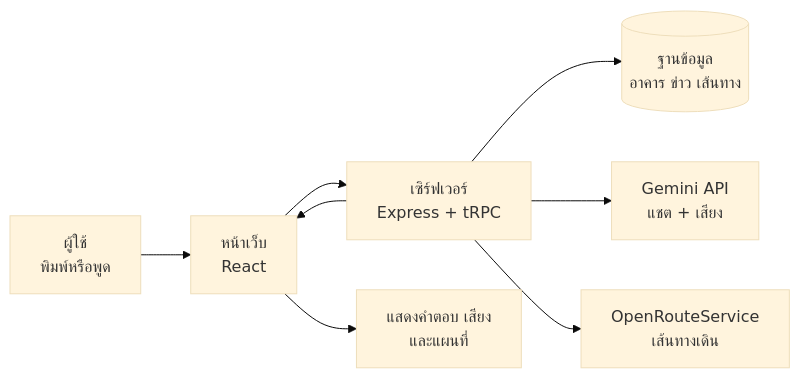
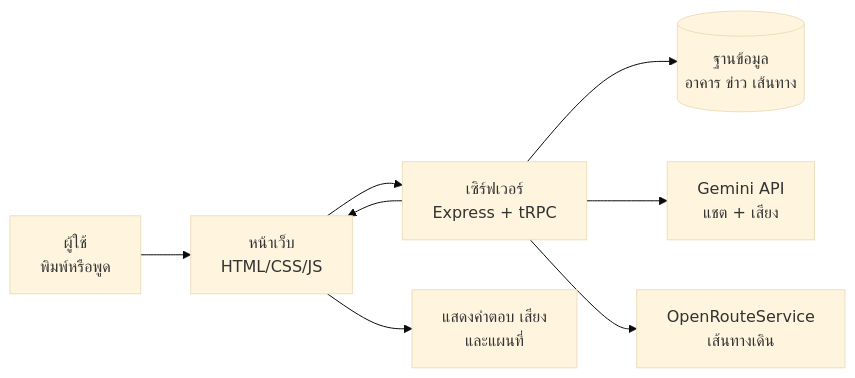
One commit to maxnitipan-lang/Nong-Pla-too changed the diagram in README.md. Above: the diagram before and after it, drawn with Mermaid (base theme). The commit also changed other lines of this file and 182 other files, not shown here.

````diff
--- a/README.md
+++ b/README.md
@@ -21,10 +21,10 @@
 ```mermaid
 flowchart LR
-    U[ผู้ใช้<br>พิมพ์หรือพูด] --> W[หน้าเว็บ<br>React]
+    U[ผู้ใช้<br>พิมพ์หรือพูด] --> W[หน้าเว็บ<br>HTML/CSS/JS]
     W --> S[เซิร์ฟเวอร์<br>Express + tRPC]
     S --> DB[(ฐานข้อมูล<br>อาคาร ข่าว เส้นทาง)]
     S --> G[Gemini API<br>แชต + เสียง]
     S --> O[OpenRouteService<br>เส้นทางเดิน]
     S --> W
     W --> M[แสดงคำตอบ เสียง<br>และแผนที่]
 ```
````
